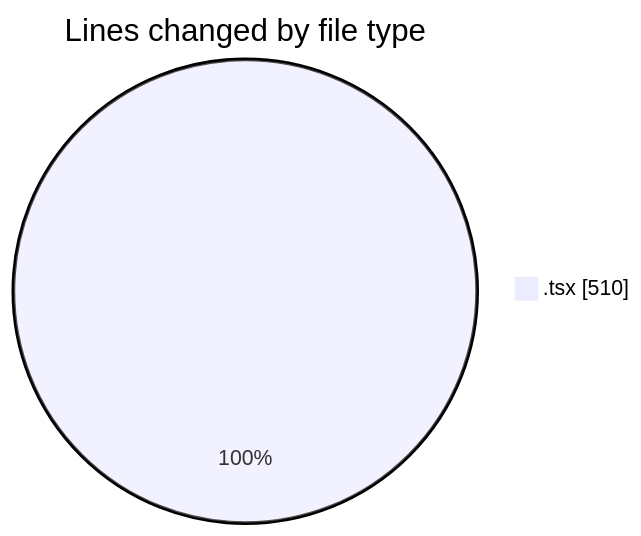
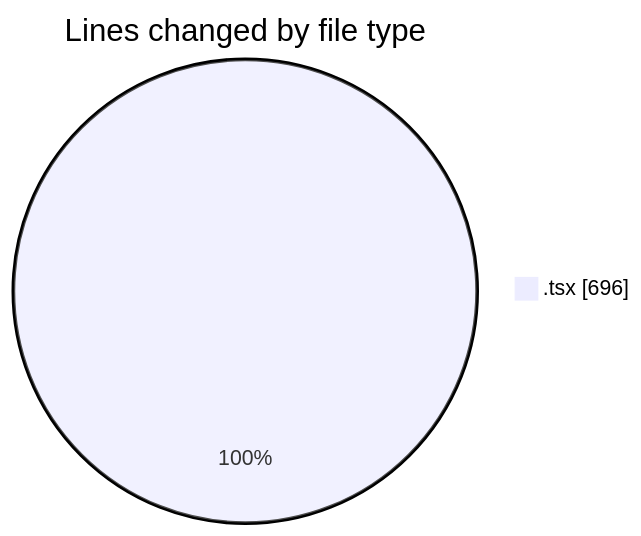
Before and after one commit to momahboobian/code-tracking: the first of 2 diagrams in 2025-08-21/cda/README.md, drawn with Mermaid. The commit also changed other lines of this file and 1 other file, not shown here.

````diff
--- a/2025-08-21/cda/README.md
+++ b/2025-08-21/cda/README.md
@@ -21,5 +22,5 @@
 ```mermaid
 pie showData
 title Lines changed by file type
-".tsx" : 510
+".tsx" : 696
 ```
````
